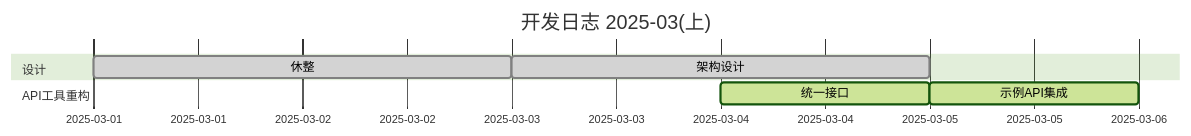
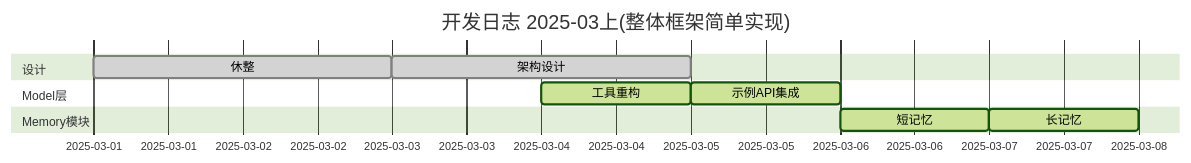
Before and after one commit to SleeeepyZhou/AIdot: the diagram in addons/AIdot/Res/Asset/Develop_log.md, drawn with Mermaid (forest theme). The commit also changed 18 other files, not shown here.

````diff
--- a/addons/AIdot/Res/Asset/Develop_log.md
+++ b/addons/AIdot/Res/Asset/Develop_log.md
@@ -1,14 +1,17 @@
 ```mermaid
 ---
 displayMode: compact
 ---
 gantt
-    title 开发日志 2025-03(上)
+    title 开发日志 2025-03上(整体框架简单实现)
     dateFormat  YYYY-MM-DD
     section 设计
     休整 :done, 2025-03-01, 2d
     架构设计 :done, 2025-03-03, 2d
-    section API工具重构
-    统一接口 :active, 2025-03-04, 1d
+    section Model层
+    工具重构 :active, 2025-03-04, 1d
     示例API集成 :active, 2025-03-05, 1d
+    section Memory模块
+    短记忆 :active, 2025-03-06, 1d
+    长记忆 :active, 2025-03-07, 1d
 ```
````
